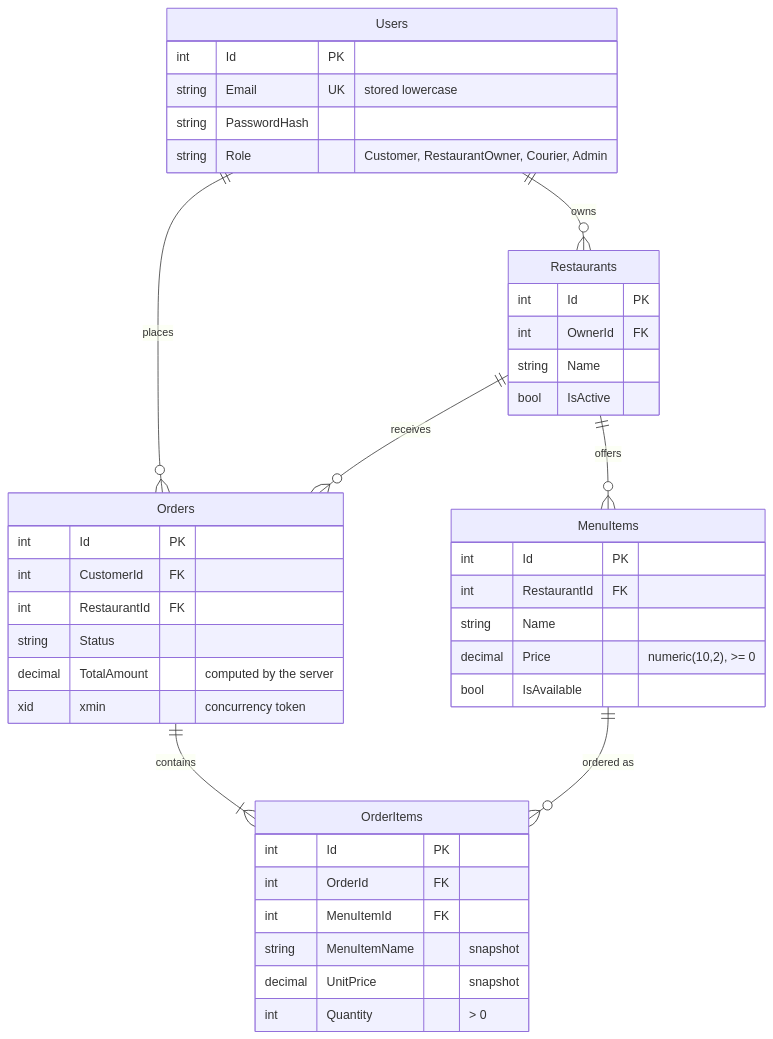
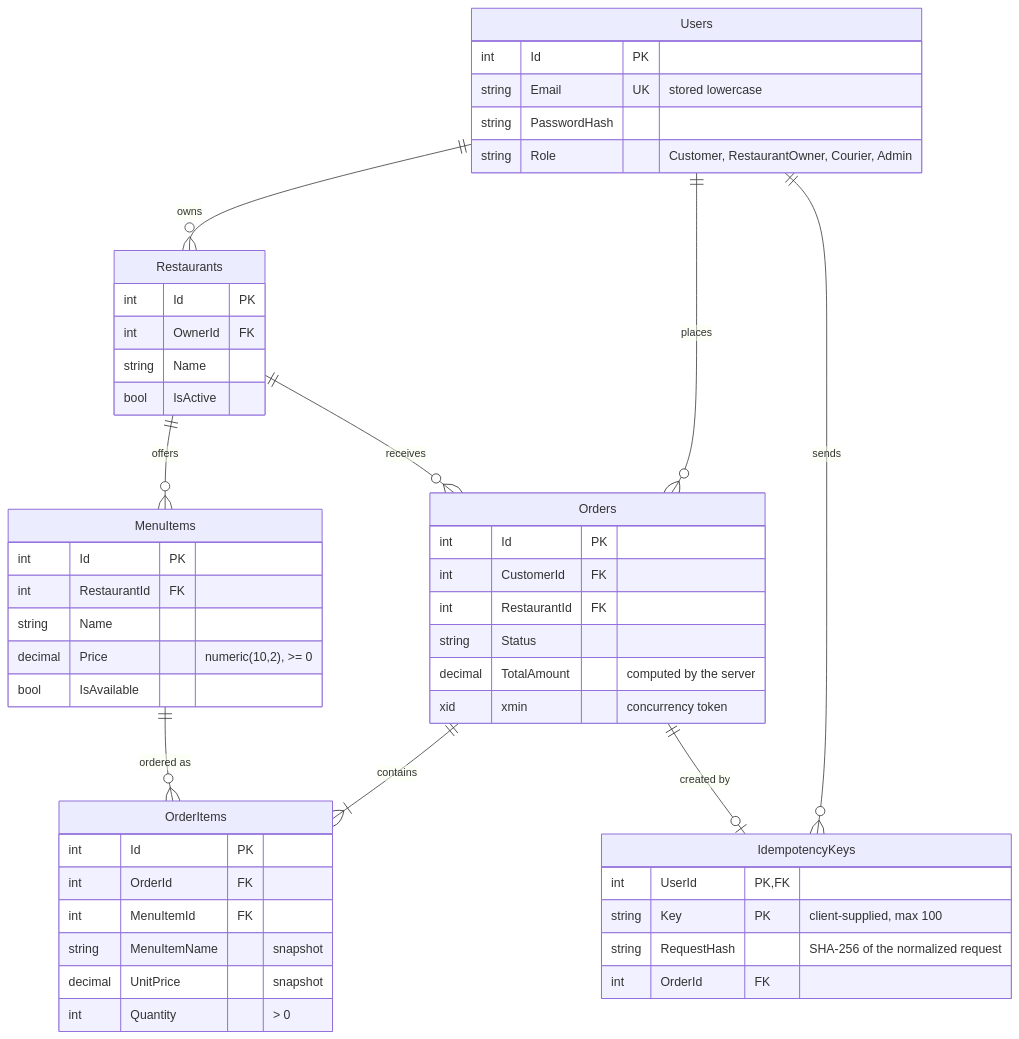
The first of 2 diagrams in README.md (yasin-aldasuqi/food-delivery-backend), drawn with Mermaid before and after one commit. The commit also changed other lines of this file and 12 other files, not shown here.

First line of the commit message:
Make order creation idempotent with an Idempotency-Key header

````diff
--- a/README.md
+++ b/README.md
@@ -105,45 +106,53 @@
 ```mermaid
 erDiagram
     Users ||--o{ Restaurants : owns
     Users ||--o{ Orders : places
     Restaurants ||--o{ MenuItems : offers
     Restaurants ||--o{ Orders : receives
     Orders ||--|{ OrderItems : contains
     MenuItems ||--o{ OrderItems : "ordered as"
+    Users ||--o{ IdempotencyKeys : sends
+    Orders ||--o| IdempotencyKeys : "created by"
 
     Users {
         int Id PK
         string Email UK "stored lowercase"
         string PasswordHash
         string Role "Customer, RestaurantOwner, Courier, Admin"
     }
     Restaurants {
         int Id PK
         int OwnerId FK
         string Name
         bool IsActive
     }
     MenuItems {
         int Id PK
         int RestaurantId FK
         string Name
         decimal Price "numeric(10,2), >= 0"
         bool IsAvailable
     }
     Orders {
         int Id PK
         int CustomerId FK
         int RestaurantId FK
         string Status
         decimal TotalAmount "computed by the server"
         xid xmin "concurrency token"
     }
     OrderItems {
         int Id PK
         int OrderId FK
         int MenuItemId FK
         string MenuItemName "snapshot"
         decimal UnitPrice "snapshot"
         int Quantity "> 0"
     }
+    IdempotencyKeys {
+        int UserId PK, FK
+        string Key PK "client-supplied, max 100"
+        string RequestHash "SHA-256 of the normalized request"
+        int OrderId FK
+    }
 ```
````
